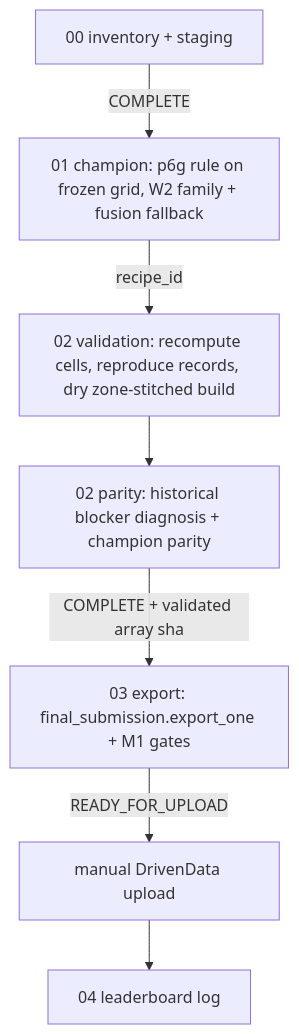
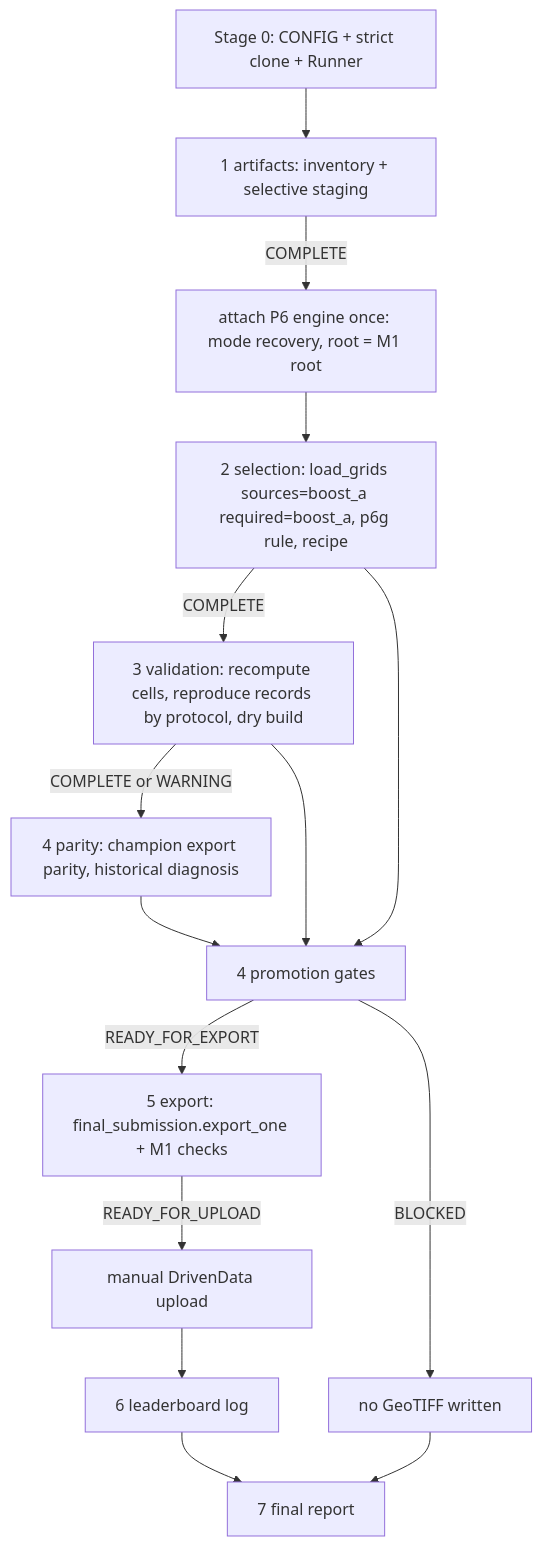
The second of 4 diagrams in docs/leaderboard_focus/ARCHITECTURE.md (mybenkhadda/GEMS---drivendata), drawn with Mermaid before and after one commit. The commit also changed other lines of this file and 28 other files, not shown here.

````diff
--- a/docs/leaderboard_focus/ARCHITECTURE.md
+++ b/docs/leaderboard_focus/ARCHITECTURE.md
@@ -25,9 +25,17 @@
 ```mermaid
 flowchart TD
-  N0[00 inventory + staging] -->|COMPLETE| N1[01 champion: p6g rule on frozen grid, W2 family + fusion fallback]
-  N1 -->|recipe_id| N2a[02 validation: recompute cells, reproduce records, dry zone-stitched build]
-  N2a --> N2b[02 parity: historical blocker diagnosis + champion parity]
-  N2b -->|COMPLETE + validated array sha| N3[03 export: final_submission.export_one + M1 gates]
-  N3 -->|READY_FOR_UPLOAD| UP[manual DrivenData upload]
-  UP --> N4[04 leaderboard log]
+  C[Stage 0: CONFIG + strict clone + Runner] --> S1[1 artifacts: inventory + selective staging]
+  S1 -->|COMPLETE| ENG[attach P6 engine once: mode recovery, root = M1 root]
+  ENG --> S2[2 selection: load_grids sources=boost_a required=boost_a, p6g rule, recipe]
+  S2 -->|COMPLETE| S3[3 validation: recompute cells, reproduce records by protocol, dry build]
+  S3 -->|COMPLETE or WARNING| S4a[4 parity: champion export parity, historical diagnosis]
+  S4a --> S4b[4 promotion gates]
+  S2 --> S4b
+  S3 --> S4b
+  S4b -->|READY_FOR_EXPORT| S5[5 export: final_submission.export_one + M1 checks]
+  S4b -->|BLOCKED| NOFILE[no GeoTIFF written]
+  S5 -->|READY_FOR_UPLOAD| UP[manual DrivenData upload]
+  UP --> S6[6 leaderboard log]
+  S6 --> S7[7 final report]
+  NOFILE --> S7
 ```
````
